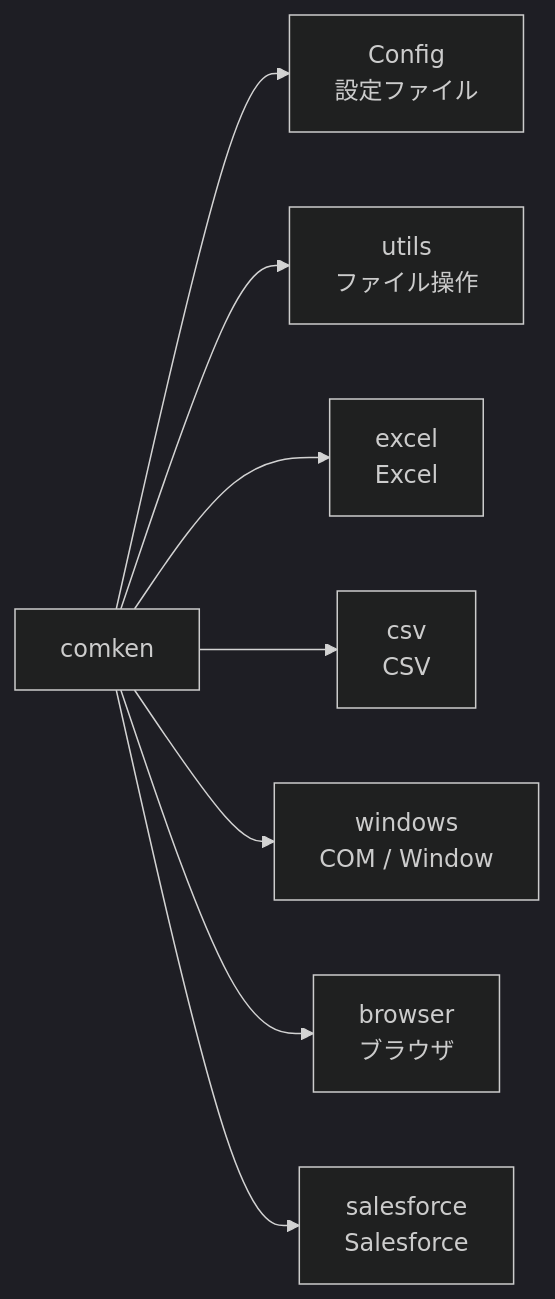
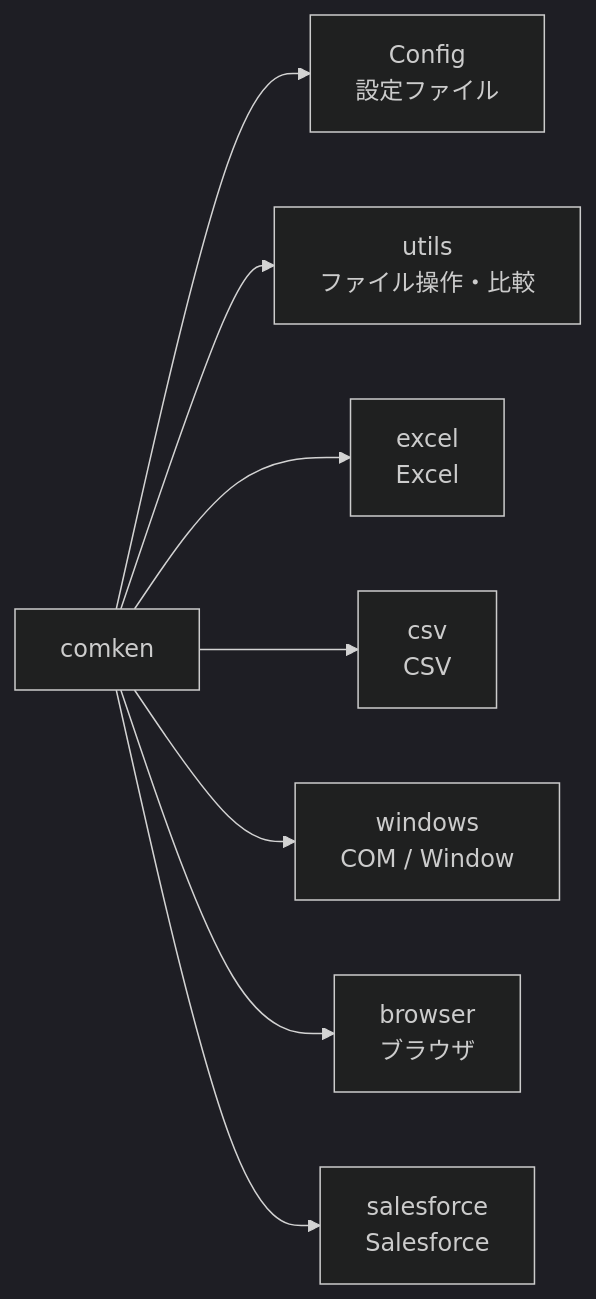
One commit to tenniscorecom/original_libs changed the first of 5 diagrams in README.md. Above: the diagram before and after it, drawn with Mermaid (dark theme). The commit also changed other lines of this file, not shown here.

Commit message:
README: パッケージ構成・ユースケースを末尾に移動

````diff
--- a/README.md
+++ b/README.md
@@ -20,10 +485,10 @@
 ```mermaid
 graph LR
     comken --> config["Config\n設定ファイル"]
-    comken --> utils["utils\nファイル操作"]
+    comken --> utils["utils\nファイル操作・比較"]
     comken --> excel["excel\nExcel"]
     comken --> csv["csv\nCSV"]
     comken --> windows["windows\nCOM / Window"]
     comken --> browser["browser\nブラウザ"]
     comken --> salesforce["salesforce\nSalesforce"]
 ```
````
